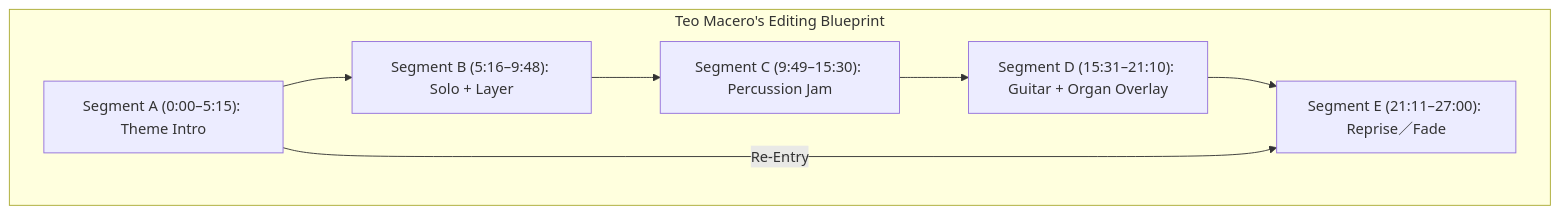
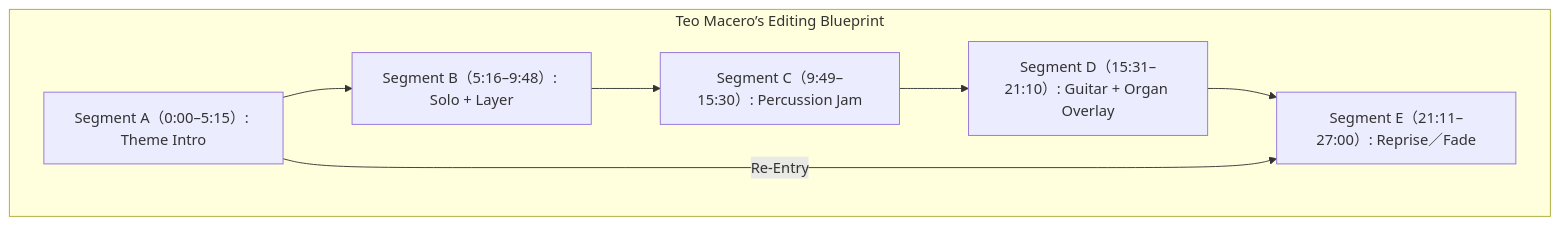
Before and after one commit to monumental-movement/monumental-movement.github.io: the ninth of 12 diagrams in en/_posts/2025-10-28-column-macero-miles.md, drawn with Mermaid. The commit also changed other lines of this file and 1724 other files, not shown here.

```diff
--- a/en/_posts/2025-10-28-column-macero-miles.md
+++ b/en/_posts/2025-10-28-column-macero-miles.md
@@ -396,12 +394,12 @@
 <div class="mermaid">
 
 graph TD
-subgraph EditMap["Teo Macero's Editing Blueprint"]
-E1["Segment A (0:00–5:15): Theme Intro"] --> E2["Segment B (5:16–9:48): Solo + Layer"]
-E2 --> E3["Segment C (9:49–15:30): Percussion Jam"]
-E3 --> E4["Segment D (15:31–21:10): Guitar + Organ Overlay"]
-E4 --> E5["Segment E (21:11–27:00): Reprise／Fade"]
-end
-E1 -->|Re-Entry| E5
+    subgraph EditMap["Teo Macero’s Editing Blueprint"]
+        E1["Segment A（0:00–5:15）: Theme Intro"] --> E2["Segment B（5:16–9:48）: Solo + Layer"]
+        E2 --> E3["Segment C（9:49–15:30）: Percussion Jam"]
+        E3 --> E4["Segment D（15:31–21:10）: Guitar + Organ Overlay"]
+        E4 --> E5["Segment E（21:11–27:00）: Reprise／Fade"]
+    end
+    E1 -->|Re-Entry| E5
 
 </div>
```
